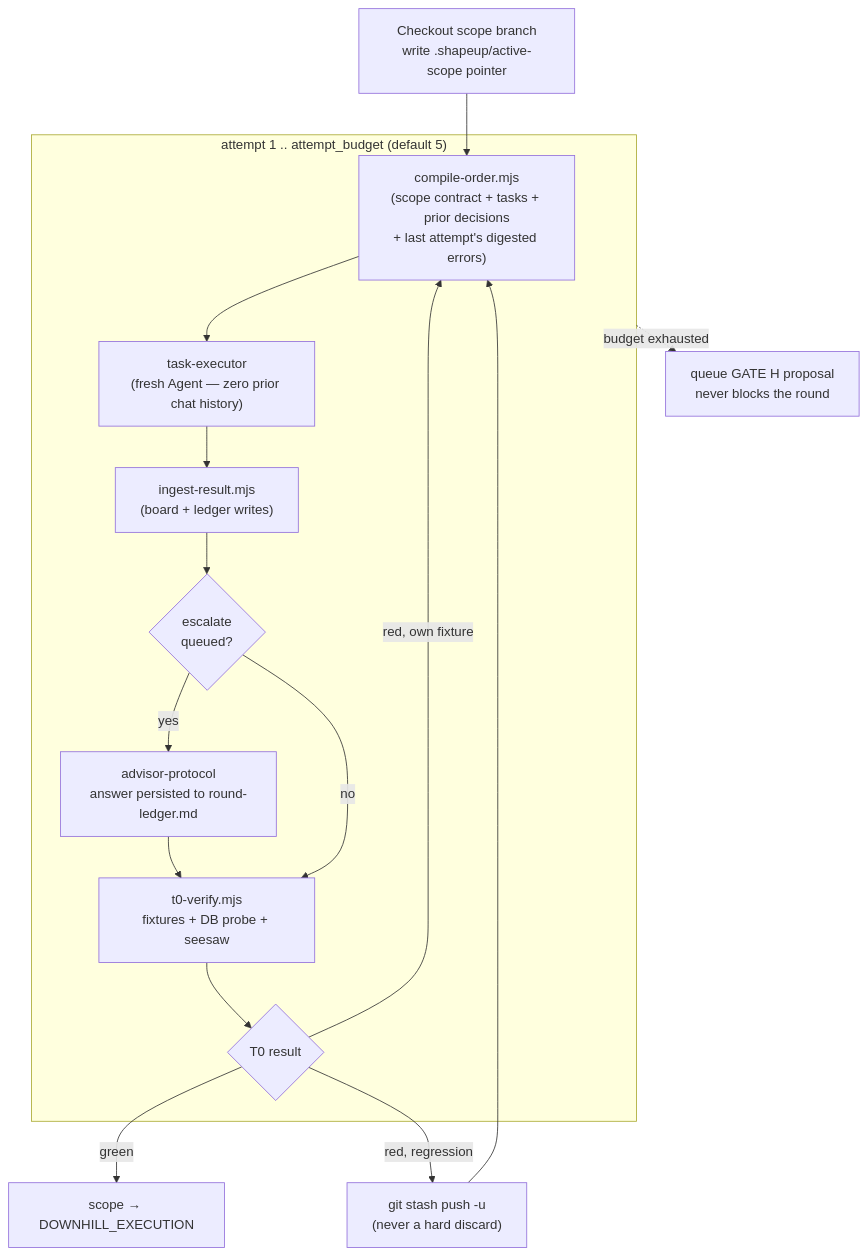
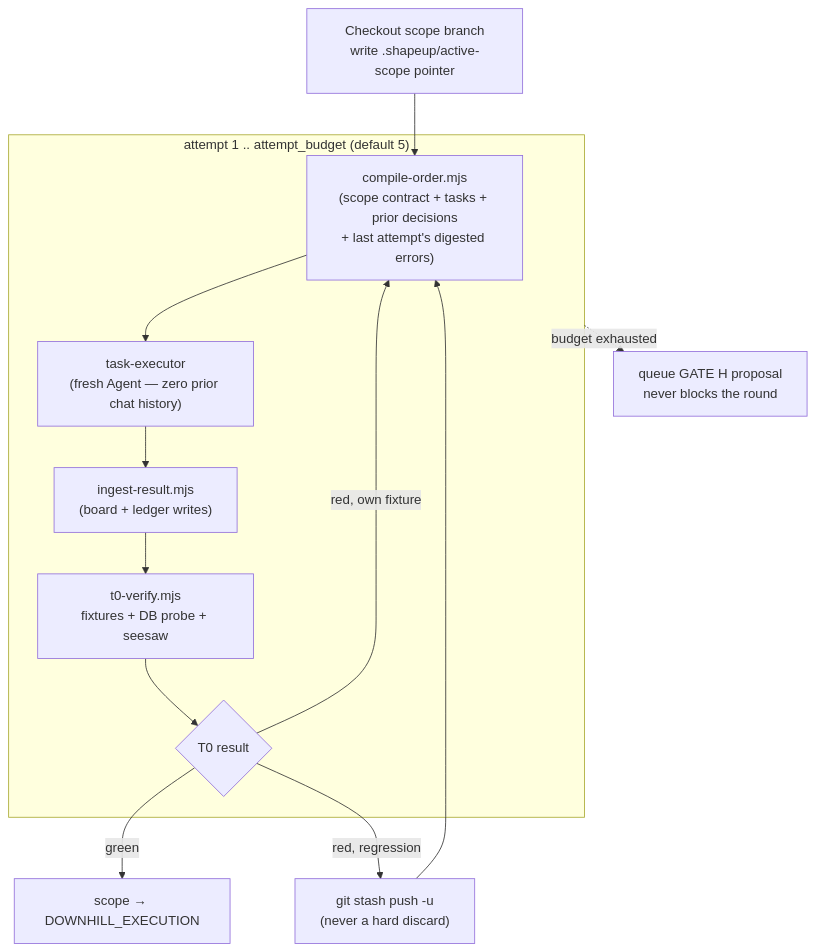
One commit to nguyenvanphituoc/shapeup-sdlc-plugin changed the diagram in docs/design/04-functional-design.md. Above: the diagram before and after it, drawn with Mermaid. The commit also changed other lines of this file and 13 other files, not shown here.

````diff
--- a/docs/design/04-functional-design.md
+++ b/docs/design/04-functional-design.md
@@ -28,17 +27,14 @@
 ```mermaid
 flowchart TD
     S0["Checkout scope branch\nwrite .shapeup/active-scope pointer"] --> A1
     subgraph LOOP["attempt 1 .. attempt_budget (default 5)"]
       A1["compile-order.mjs\n(scope contract + tasks + prior decisions\n+ last attempt's digested errors)"] --> A2["task-executor\n(fresh Agent — zero prior chat history)"]
       A2 --> A3["ingest-result.mjs\n(board + ledger writes)"]
-      A3 --> A4{"escalate\nqueued?"}
-      A4 -- yes --> A5["advisor-protocol\nanswer persisted to round-ledger.md"]
-      A5 --> A6
-      A4 -- no --> A6["t0-verify.mjs\nfixtures + DB probe + seesaw"]
+      A3 --> A6["t0-verify.mjs\nfixtures + DB probe + seesaw"]
       A6 --> A7{"T0 result"}
     end
     A7 -- green --> DONE["scope → DOWNHILL_EXECUTION"]
     A7 -- "red, regression" --> STASH["git stash push -u\n(never a hard discard)"] --> A1
     A7 -- "red, own fixture" --> A1
     LOOP -. budget exhausted .-> HAMMER["queue GATE H proposal\nnever blocks the round"]
 ```
````
